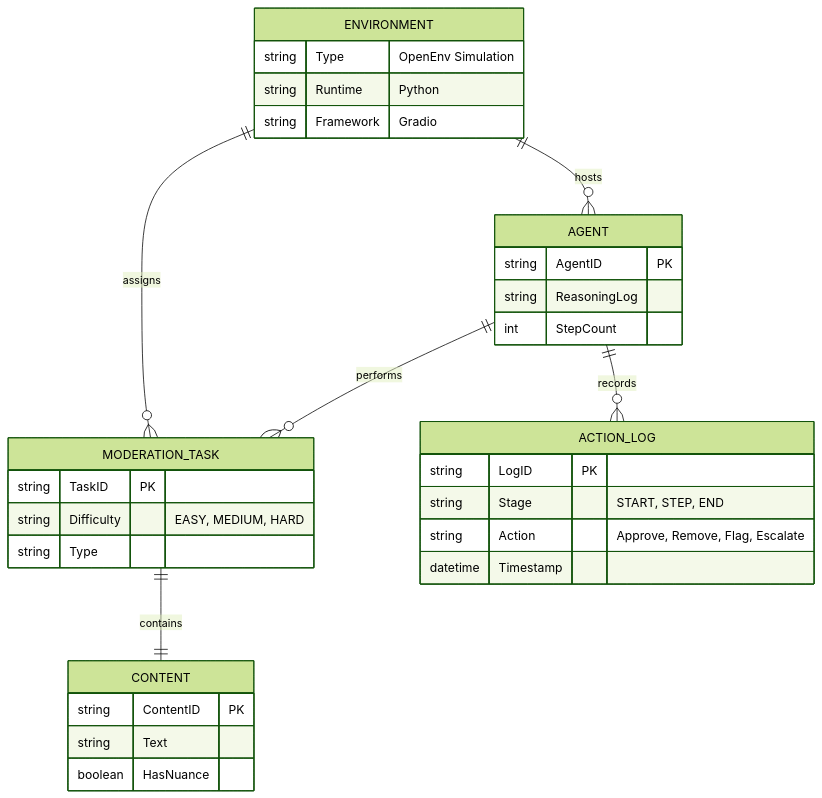
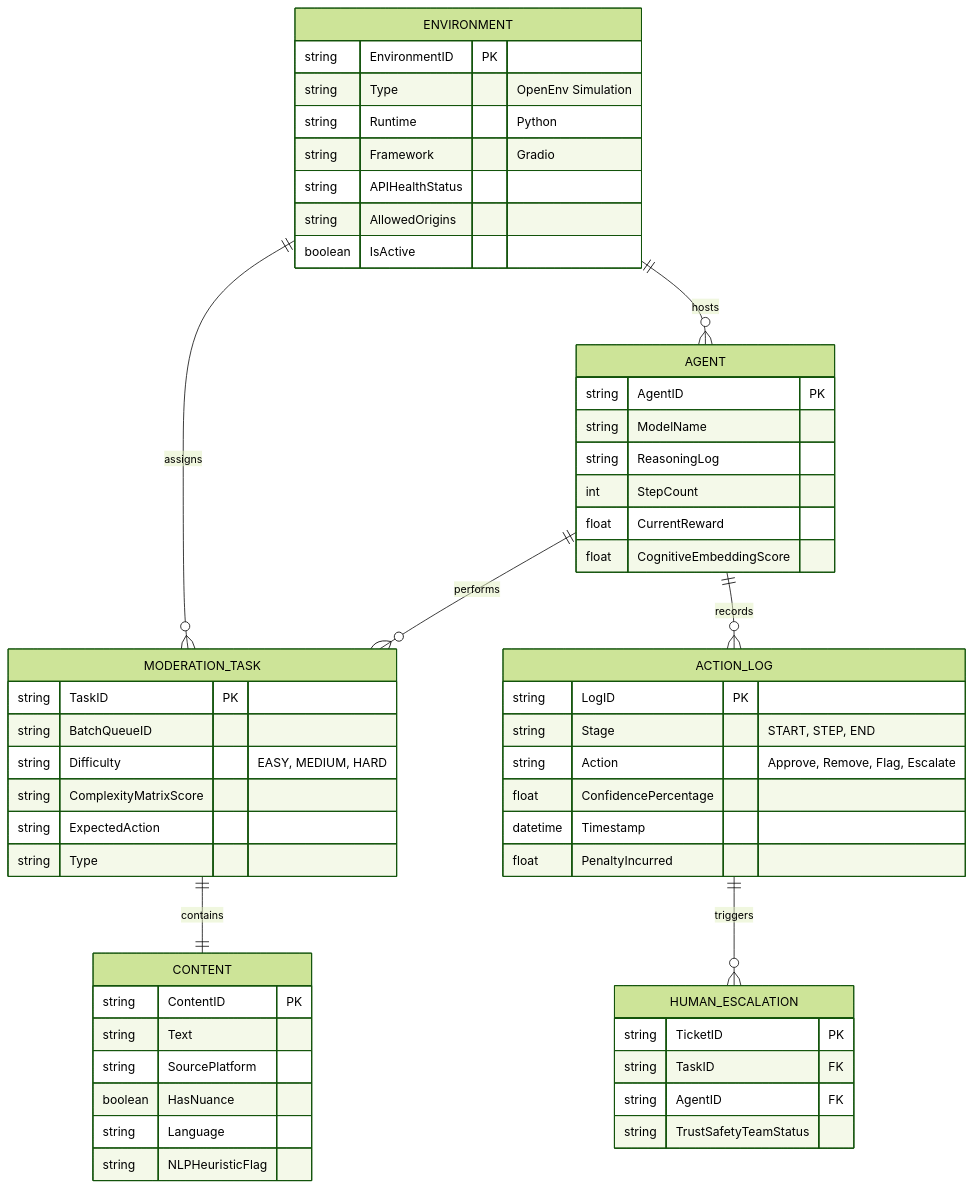
Before and after one commit to Anubhav741/ThinkSync: the sixth of 15 diagrams in core_concept.md, drawn with Mermaid (forest theme). The commit also changed other lines of this file, not shown here.

````diff
--- a/core_concept.md
+++ b/core_concept.md
@@ -132,40 +141,63 @@
 ```mermaid
 erDiagram
 
 ENVIRONMENT {
+    string EnvironmentID PK
     string Type "OpenEnv Simulation"
     string Runtime "Python"
     string Framework "Gradio"
+    string APIHealthStatus
+    string AllowedOrigins
+    boolean IsActive
 }
 
 AGENT {
     string AgentID PK
+    string ModelName
     string ReasoningLog
     int StepCount
+    float CurrentReward
+    float CognitiveEmbeddingScore
 }
 
 MODERATION_TASK {
     string TaskID PK
+    string BatchQueueID
     string Difficulty "EASY, MEDIUM, HARD"
+    string ComplexityMatrixScore
+    string ExpectedAction
     string Type
 }
 
 CONTENT {
     string ContentID PK
     string Text
+    string SourcePlatform
     boolean HasNuance
+    string Language
+    string NLPHeuristicFlag
 }
 
 ACTION_LOG {
     string LogID PK
     string Stage "START, STEP, END"
     string Action "Approve, Remove, Flag, Escalate"
+    float ConfidencePercentage
     datetime Timestamp
+    float PenaltyIncurred
+}
+
+HUMAN_ESCALATION {
+    string TicketID PK
+    string TaskID FK
+    string AgentID FK
+    string TrustSafetyTeamStatus
 }
 
 ENVIRONMENT ||--o{ AGENT : "hosts"
 ENVIRONMENT ||--o{ MODERATION_TASK : "assigns"
 AGENT ||--o{ MODERATION_TASK : "performs"
 MODERATION_TASK ||--|| CONTENT : "contains"
 AGENT ||--o{ ACTION_LOG : "records"
+ACTION_LOG ||--o{ HUMAN_ESCALATION : "triggers"
 ```
````
